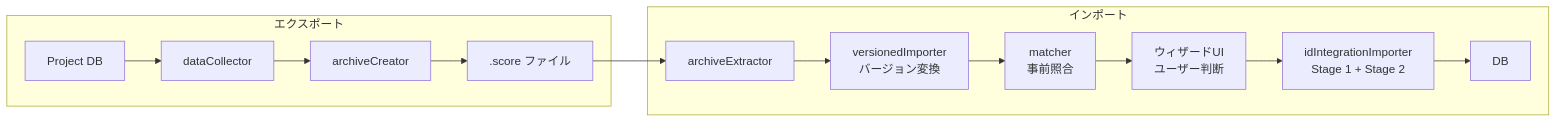
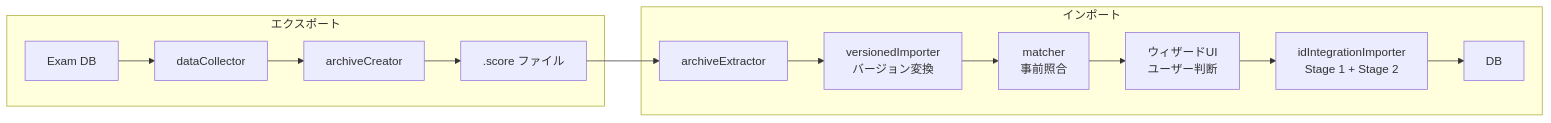
Before and after one commit to KeppyNaushika/score-at-once-electron: the first of 8 diagrams in docs/import-export-architecture.md, drawn with Mermaid. The commit also changed other lines of this file and 824 other files, not shown here.

First line of the commit message:
feat: Project→Exam, GradeProject→Grade 全面リネーム（v0.6.x）

````diff
--- a/docs/import-export-architecture.md
+++ b/docs/import-export-architecture.md
@@ -28,17 +28,17 @@
 ```mermaid
 flowchart LR
     subgraph エクスポート
-        A[Project DB] --> B[dataCollector]
+        A[Exam DB] --> B[dataCollector]
         B --> C[archiveCreator]
         C --> D[".score ファイル"]
     end
 
     subgraph インポート
         D --> E[archiveExtractor]
         E --> F[versionedImporter<br/>バージョン変換]
         F --> G[matcher<br/>事前照合]
         G --> H[ウィザードUI<br/>ユーザー判断]
         H --> I[idIntegrationImporter<br/>Stage 1 + Stage 2]
         I --> J[DB]
     end
 ```
````
